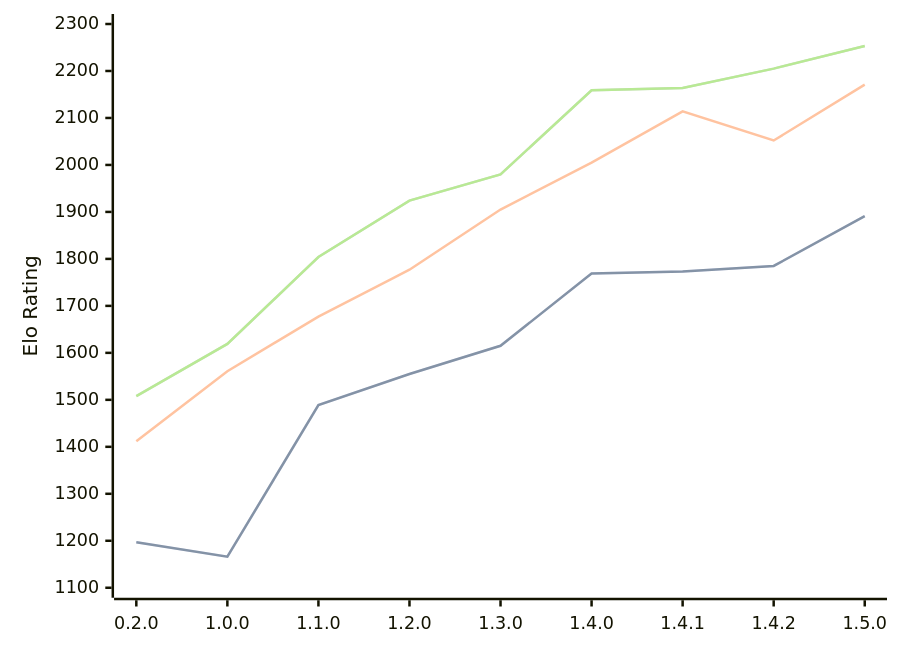
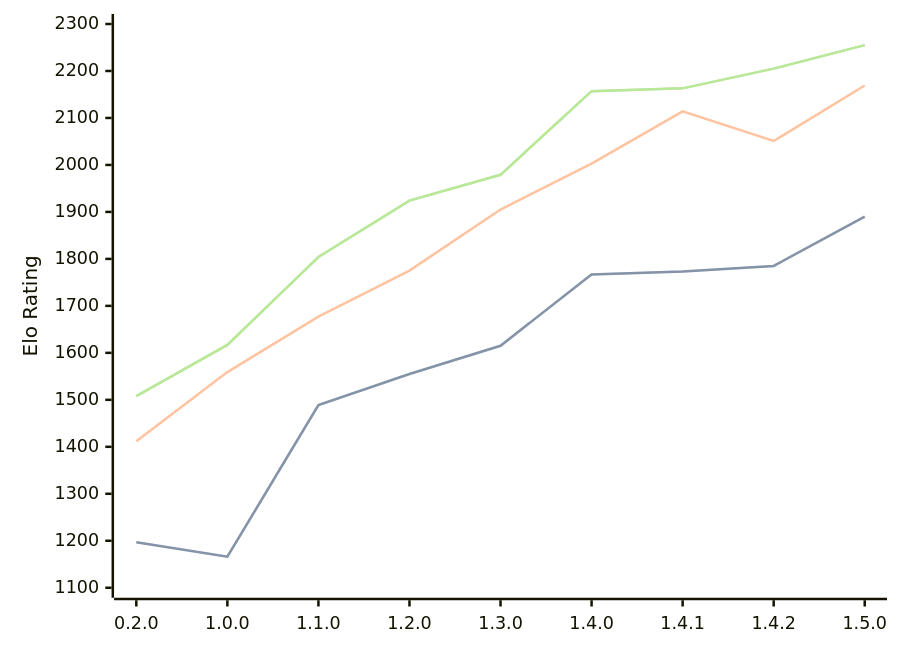
The diagram in engines/Zeppelin.md (computer-chess-index/cci), drawn with Mermaid before and after one commit. The commit also changed other lines of this file, not shown here.

Commit message:
Update CCI Ratings (ELO VLTC) - 2026-07-27

````diff
--- a/engines/Zeppelin.md
+++ b/engines/Zeppelin.md
@@ -41,11 +41,11 @@
 ```mermaid
 %%{init: {"theme":"base","themeVariables":{"seriesColors:['#a3a3a3','#222221','#faa371']}}}%%
 xychart-beta
   x-axis ["0.2.0", "1.0.0", "1.1.0", "1.2.0", "1.3.0", "1.4.0", "1.4.1", "1.4.2", "1.5.0"]
   y-axis "Elo Rating" 1100 --> 2300
-  line "STC (8.0+0.08s)" [1197, 1166, 1489, 1555, 1615, 1769, 1773, 1785, 1891]
-  line "STC (8.0+0.08s)" [1197, 1166, 1489, 1555, 1615, 1769, 1773, 1785, 1891]
-  line "LTC (60.0+0.60s)" [1412, 1561, 1677, 1777, 1905, 2005, 2114, 2052, 2171]
-  line "VLTC (2m24s+1.12s)" [1508, 1619, 1804, 1924, 1980, 2159, 2164, 2205, 2253]
-  line "VLTC (2m24s+1.12s)" [1508, 1619, 1804, 1924, 1980, 2159, 2164, 2205, 2253]
+  line "STC (8.0+0.08s)" [1197, 1166, 1489, 1555, 1615, 1767, 1773, 1785, 1890]
+  line "STC (8.0+0.08s)" [1197, 1166, 1489, 1555, 1615, 1767, 1773, 1785, 1890]
+  line "LTC (60.0+0.60s)" [1412, 1559, 1677, 1775, 1905, 2003, 2114, 2051, 2169]
+  line "VLTC (2m24s+1.12s)" [1508, 1617, 1804, 1924, 1979, 2157, 2163, 2205, 2255]
+  line "VLTC (2m24s+1.12s)" [1508, 1617, 1804, 1924, 1979, 2157, 2163, 2205, 2255]
 ```
````
